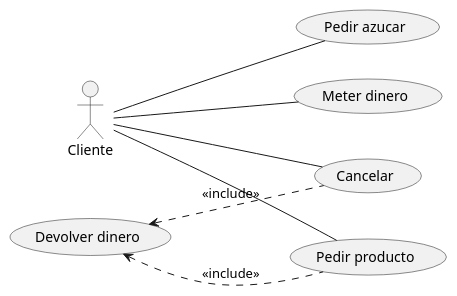
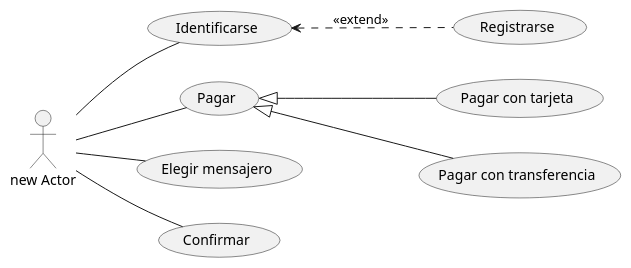
Before and after one commit to NuriaSan/Practica_Clases_PlantUml: the diagram in src/Proyecto.puml, drawn with PlantUML. The commit also changed 1 other file, not shown here.

```diff
--- a/src/Proyecto.puml
+++ b/src/Proyecto.puml
@@ -1,15 +1,19 @@
 @startuml
 left to right direction
-usecase "Meter dinero" as md
-usecase "Pedir azucar" as pa
-usecase "Pedir producto" as pp
-usecase "Cancelar" as c
-usecase "Devolver dinero" as dd
-    Cliente --md
-    Cliente --pa
-    Cliente --pp
-    Cliente --c
-    dd <.. pp : <<include>>
-    dd <.. c : <<include>>
+usecase "Identificarse" as id
+usecase "Pagar" as pa
+usecase "Elegir mensajero" as em
+usecase "Confirmar" as co
+usecase "Registrarse" as re
+usecase "Pagar con tarjeta" as pt
+usecase "Pagar con transferencia" as ptr
+    "new Actor" -- id
+    "new Actor" -- pa
+    "new Actor" -- em
+    "new Actor" -- co
+    pa <|-- pt
+    pa <|-- ptr
+    id <.. re : <<extend>>
+
 
 @enduml
```
